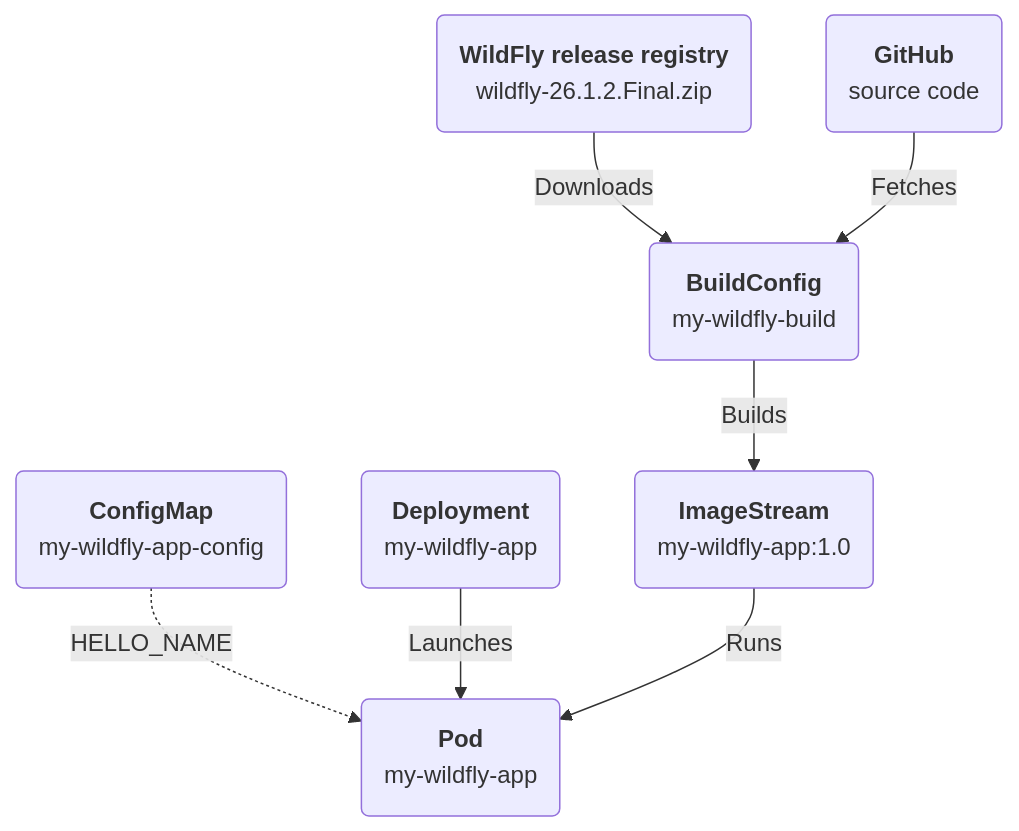
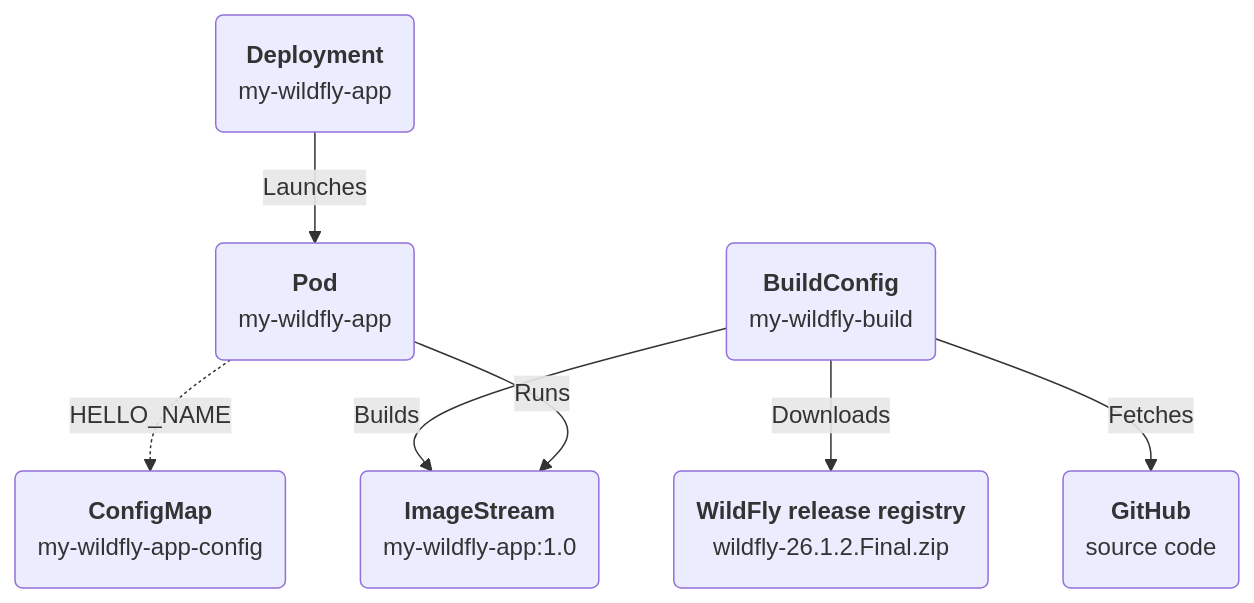
One commit to dmartinol/wildfly-app-on-openshift changed the diagram in README.md. Above: the diagram before and after it, drawn with Mermaid.

Commit message:
Fixed arrows

````diff
--- a/README.md
+++ b/README.md
@@ -10,17 +10,17 @@
 ```mermaid
 graph TD
    wildfly-release(<b>WildFly release registry</b><br/>wildfly-26.1.2.Final.zip)
    my-wildfly-app-config(<b>ConfigMap</b><br/>my-wildfly-app-config)
    d:my-wildfly-app(<b>Deployment</b><br/>my-wildfly-app)
    pod:my-wildfly-app(<b>Pod</b><br/>my-wildfly-app)
    my-app-source(<b>GitHub</b><br/>source code)
    my-wildfly-build(<b>BuildConfig</b><br/>my-wildfly-build)
    is:my-wildfly-app(<b>ImageStream</b><br/>my-wildfly-app:1.0)
    
-   my-wildfly-app-config -.HELLO_NAME.-> pod:my-wildfly-app
-   wildfly-release --Downloads--> my-wildfly-build
-   my-app-source --Fetches--> my-wildfly-build
+   pod:my-wildfly-app -.HELLO_NAME.-> my-wildfly-app-config
+   my-wildfly-build --Downloads--> wildfly-release
+   my-wildfly-build --Fetches--> my-app-source
    my-wildfly-build --Builds-->is:my-wildfly-app
    d:my-wildfly-app --Launches-->pod:my-wildfly-app
-   is:my-wildfly-app --Runs-->pod:my-wildfly-app
+   pod:my-wildfly-app --Runs-->is:my-wildfly-app
 ```
````
